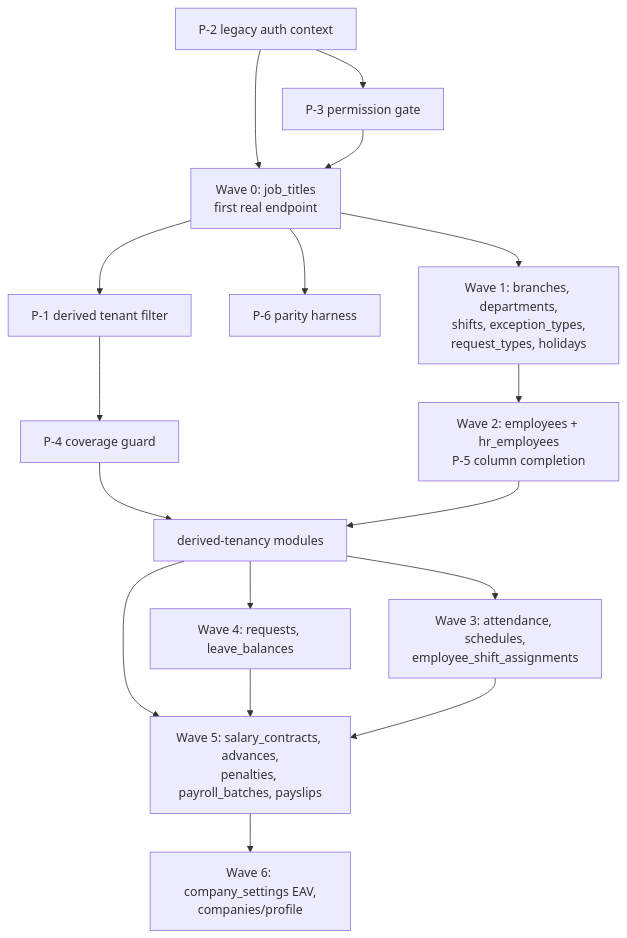
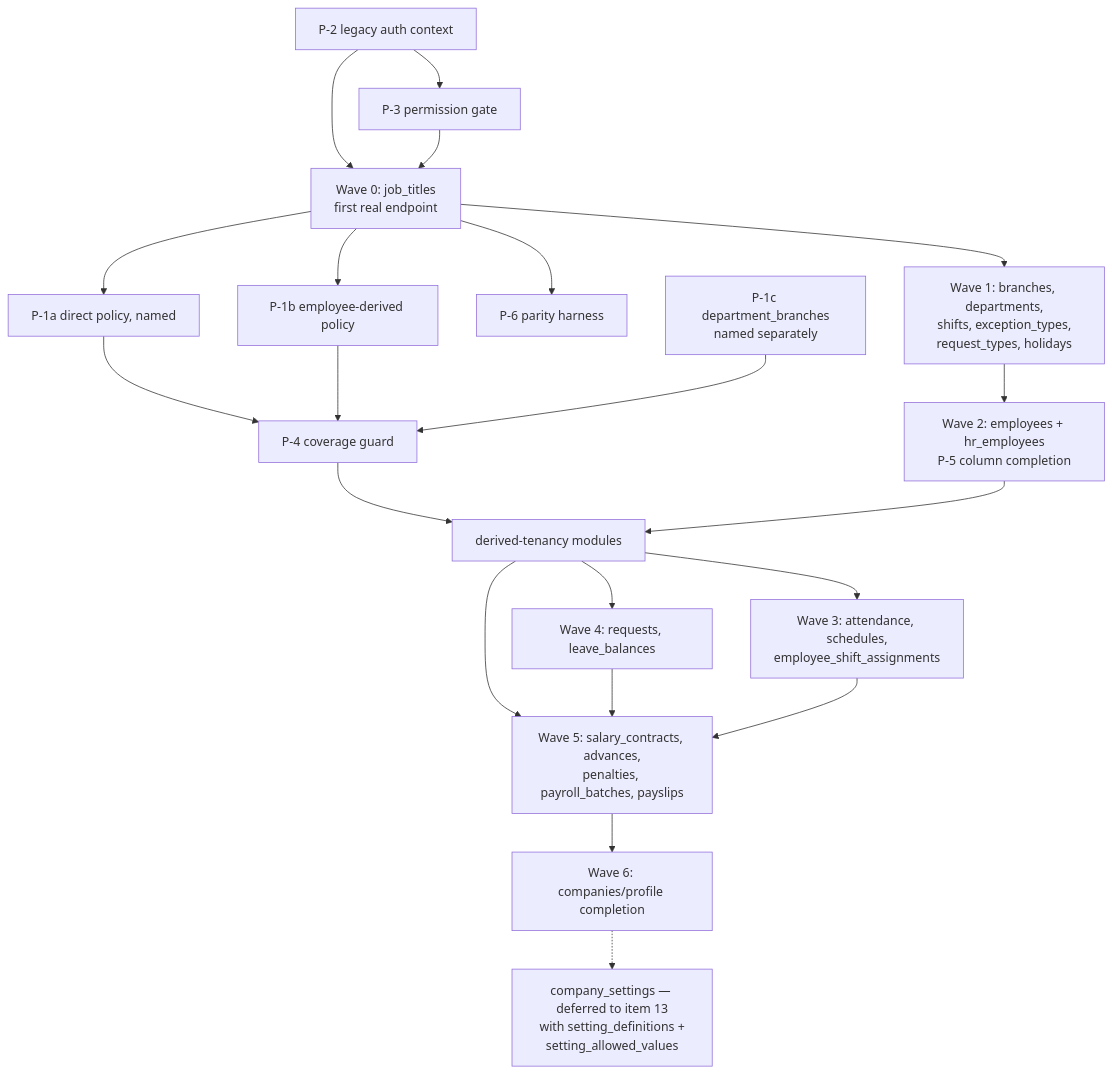
One commit to workin-hr/hr-platform changed the diagram in docs/migration/2026-08-18-item-12-specification.md. Above: the diagram before and after it, drawn with Mermaid. The commit also changed other lines of this file, not shown here.

First line of the commit message:
docs(phase1): record the owner's D-1/D-4 decisions in the item 12 spec

````diff
--- a/docs/migration/2026-08-18-item-12-specification.md
+++ b/docs/migration/2026-08-18-item-12-specification.md
@@ -267,20 +304,24 @@
 ```mermaid
 graph TD
   P2[P-2 legacy auth context] --> P3[P-3 permission gate]
   P2 --> W0
   P3 --> W0
-  W0[Wave 0: job_titles<br/>first real endpoint] --> P1[P-1 derived tenant filter]
+  W0[Wave 0: job_titles<br/>first real endpoint] --> P1B[P-1b employee-derived policy]
+  W0 --> P1A[P-1a direct policy, named]
   W0 --> P6[P-6 parity harness]
-  P1 --> P4[P-4 coverage guard]
+  P1A --> P4[P-4 coverage guard]
+  P1B --> P4
+  P1C[P-1c department_branches<br/>named separately] --> P4
   P4 --> D[derived-tenancy modules]
 
   W0 --> ORG[Wave 1: branches, departments,<br/>shifts, exception_types,<br/>request_types, holidays]
   ORG --> EMP[Wave 2: employees + hr_employees<br/>P-5 column completion]
   EMP --> D
   D --> ATT[Wave 3: attendance, schedules,<br/>employee_shift_assignments]
   D --> REQ[Wave 4: requests, leave_balances]
   D --> PAY[Wave 5: salary_contracts, advances,<br/>penalties, payroll_batches, payslips]
   REQ --> PAY
   ATT --> PAY
-  PAY --> CS[Wave 6: company_settings EAV,<br/>companies/profile]
+  PAY --> CS[Wave 6: companies/profile completion]
+  CS -.-> I13[company_settings — deferred to item 13<br/>with setting_definitions +<br/>setting_allowed_values]
 ```
````
